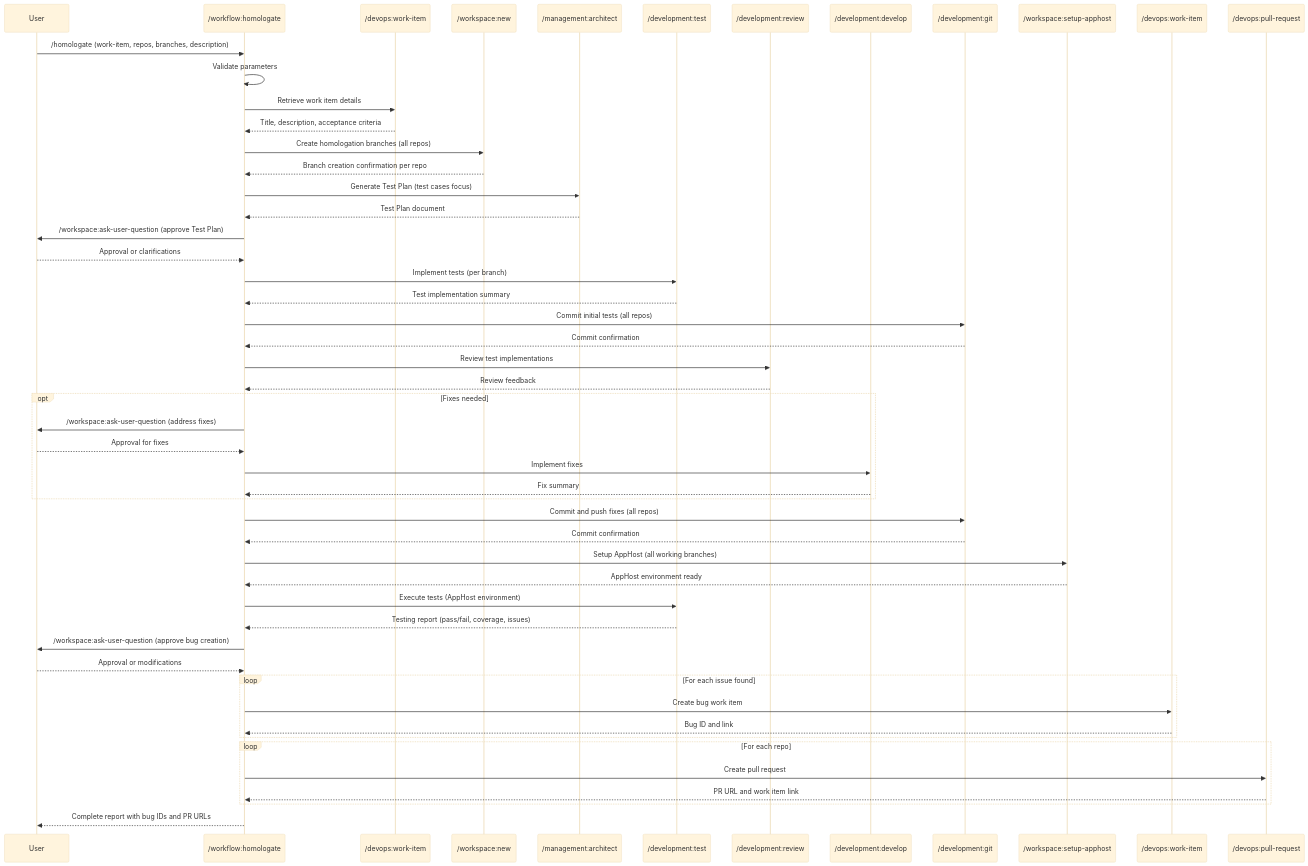
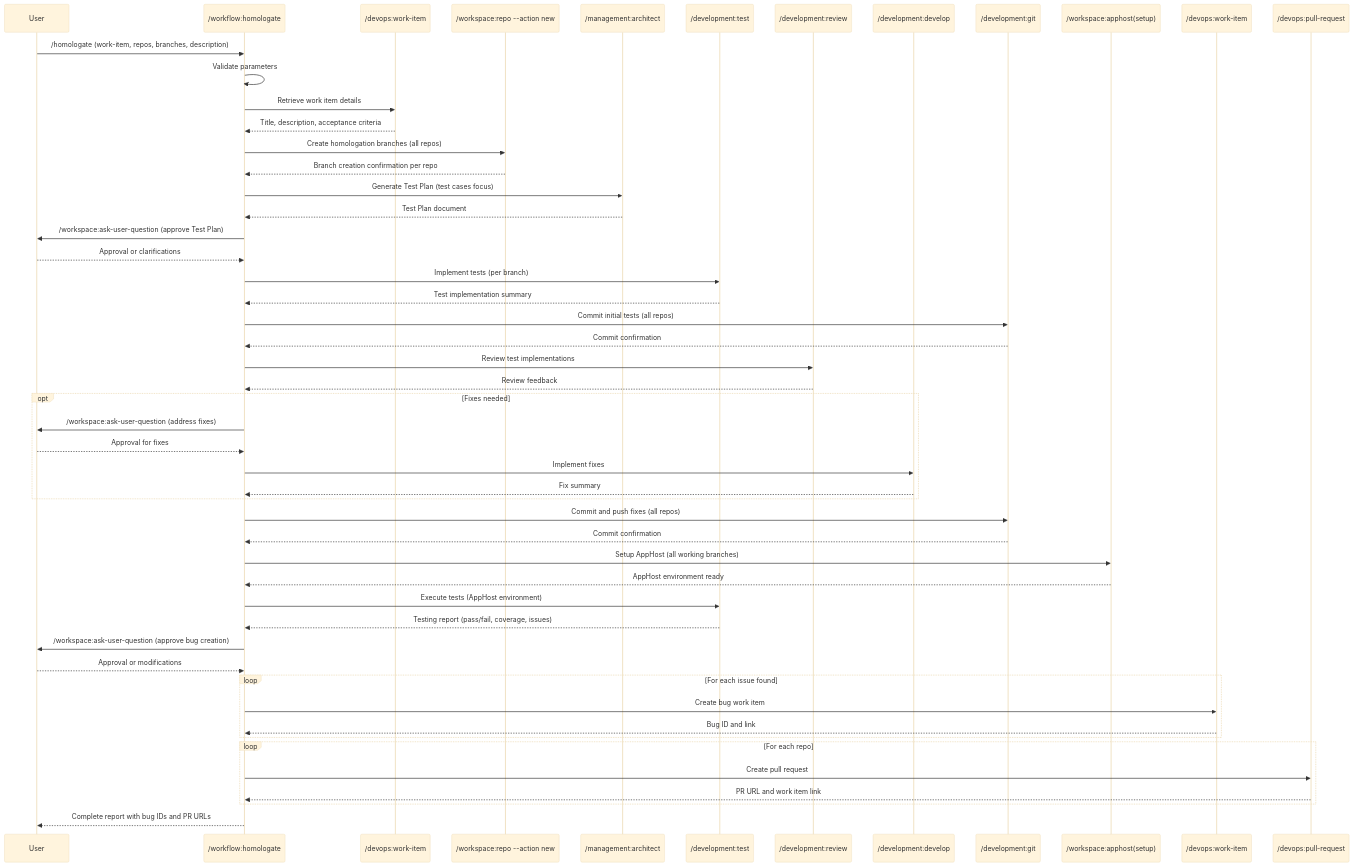
One commit to zzaia/zzaia-agentic-workspace changed the diagram in .claude/commands/workflow/homologate.md. Above: the diagram before and after it, drawn with Mermaid (base theme). The commit also changed other lines of this file and 26 other files, not shown here.

````diff
--- a/.claude/commands/workflow/homologate.md
+++ b/.claude/commands/workflow/homologate.md
@@ -108,70 +108,70 @@
 ```mermaid
 sequenceDiagram
     participant U as User
     participant C as /workflow:homologate
     participant WI as /devops:work-item
-    participant WS as /workspace:new
+    participant WS as /workspace:repo --action new
     participant AR as /management:architect
     participant DT as /development:test
     participant DR as /development:review
     participant DD as /development:develop
     participant DG as /development:git
-    participant SA as /workspace:setup-apphost
+    participant SA as /workspace:apphost(setup)
     participant BW as /devops:work-item
     participant PR as /devops:pull-request
 
     U->>C: /homologate (work-item, repos, branches, description)
     C->>C: Validate parameters
 
     C->>WI: Retrieve work item details
     WI-->>C: Title, description, acceptance criteria
 
     C->>WS: Create homologation branches (all repos)
     WS-->>C: Branch creation confirmation per repo
 
     C->>AR: Generate Test Plan (test cases focus)
     AR-->>C: Test Plan document
 
     C->>U: /workspace:ask-user-question (approve Test Plan)
     U-->>C: Approval or clarifications
 
     C->>DT: Implement tests (per branch)
     DT-->>C: Test implementation summary
 
     C->>DG: Commit initial tests (all repos)
     DG-->>C: Commit confirmation
 
     C->>DR: Review test implementations
     DR-->>C: Review feedback
 
     opt Fixes needed
         C->>U: /workspace:ask-user-question (address fixes)
         U-->>C: Approval for fixes
         C->>DD: Implement fixes
         DD-->>C: Fix summary
     end
 
     C->>DG: Commit and push fixes (all repos)
     DG-->>C: Commit confirmation
 
     C->>SA: Setup AppHost (all working branches)
     SA-->>C: AppHost environment ready
 
     C->>DT: Execute tests (AppHost environment)
     DT-->>C: Testing report (pass/fail, coverage, issues)
 
     C->>U: /workspace:ask-user-question (approve bug creation)
     U-->>C: Approval or modifications
 
     loop For each issue found
         C->>BW: Create bug work item
         BW-->>C: Bug ID and link
     end
 
     loop For each repo
         C->>PR: Create pull request
         PR-->>C: PR URL and work item link
     end
 
     C-->>U: Complete report with bug IDs and PR URLs
 ```
````
